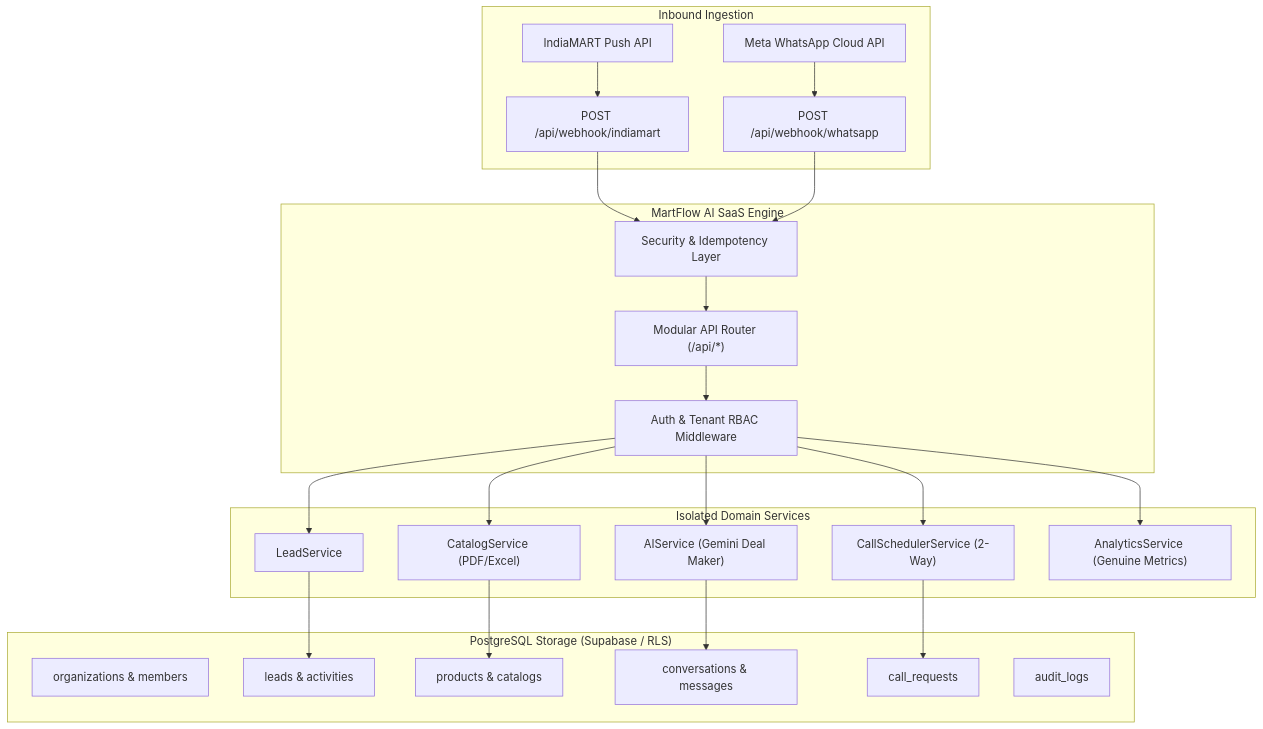
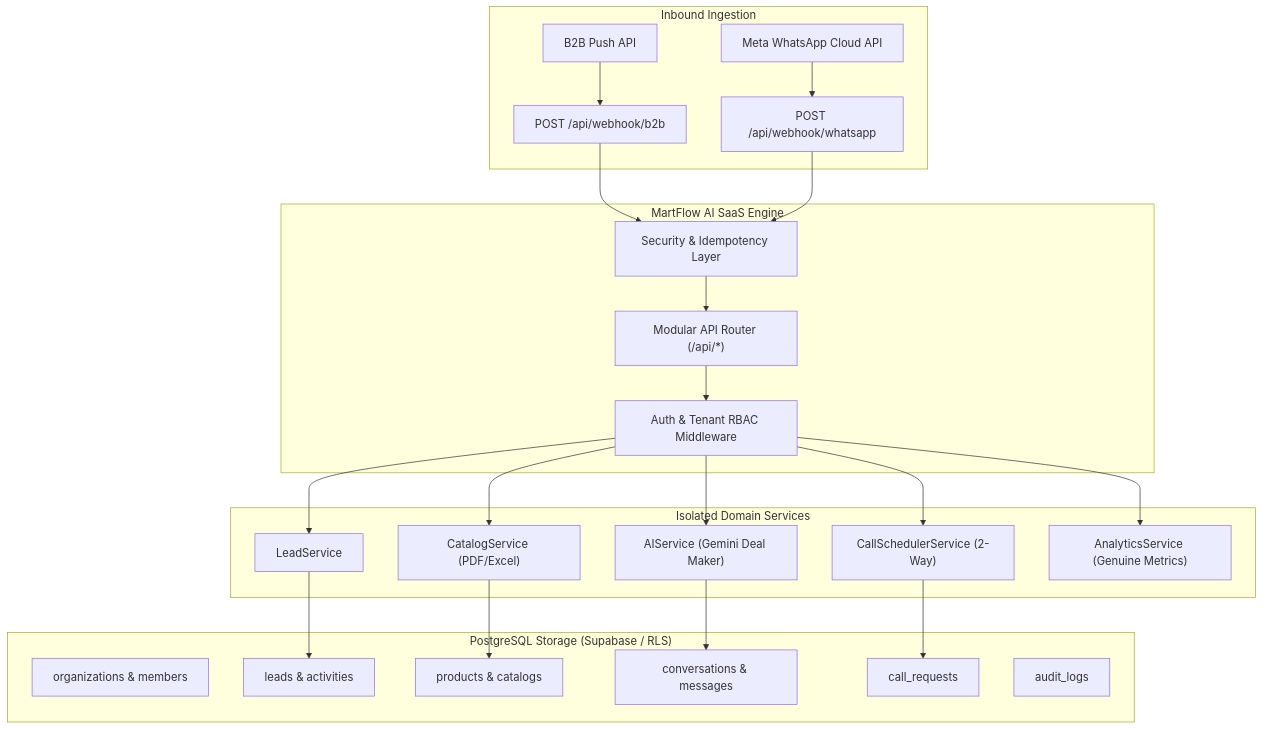
One commit to shopshah5-eng/martflow-whatsapp-ai-sales-agent changed the diagram in README.md. Above: the diagram before and after it, drawn with Mermaid. The commit also changed other lines of this file and 23 other files, not shown here.

Commit message:
refactor: eliminate IndiaMART branding across UI, backend, schemas, tests and documentation in favor of B2B Marketplace

````diff
--- a/README.md
+++ b/README.md
@@ -25,46 +25,46 @@
 ```mermaid
 graph TD
     subgraph WebhookIngestion["Inbound Ingestion"]
-        IM["IndiaMART Push API"] --> WH_IM["POST /api/webhook/indiamart"]
+        IM["B2B Push API"] --> WH_IM["POST /api/webhook/b2b"]
         WA["Meta WhatsApp Cloud API"] --> WH_WA["POST /api/webhook/whatsapp"]
     end
 
     subgraph SaaS_Core["MartFlow AI SaaS Engine"]
         SEC["Security & Idempotency Layer"]
         AUTH["Auth & Tenant RBAC Middleware"]
         ROUTER["Modular API Router (/api/*)"]
         
         WH_IM --> SEC
         WH_WA --> SEC
         SEC --> ROUTER
         ROUTER --> AUTH
     end
 
     subgraph DomainServices["Isolated Domain Services"]
         LS["LeadService"]
         CS["CatalogService (PDF/Excel)"]
         AI["AIService (Gemini Deal Maker)"]
         CALLS["CallSchedulerService (2-Way)"]
         ANALYTICS["AnalyticsService (Genuine Metrics)"]
     end
 
     subgraph Database["PostgreSQL Storage (Supabase / RLS)"]
         ORGS["organizations & members"]
         LEADS["leads & activities"]
         PROD["products & catalogs"]
         CONV["conversations & messages"]
         CALL_DB["call_requests"]
         AUDIT["audit_logs"]
     end
 
     AUTH --> LS
     AUTH --> CS
     AUTH --> AI
     AUTH --> CALLS
     AUTH --> ANALYTICS
 
     LS --> LEADS
     CS --> PROD
     AI --> CONV
     CALLS --> CALL_DB
 ```
````
